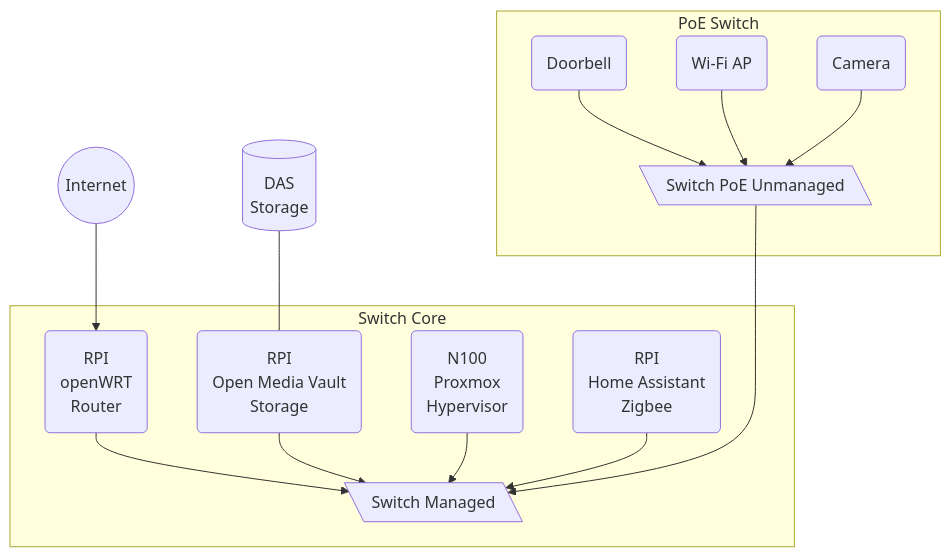
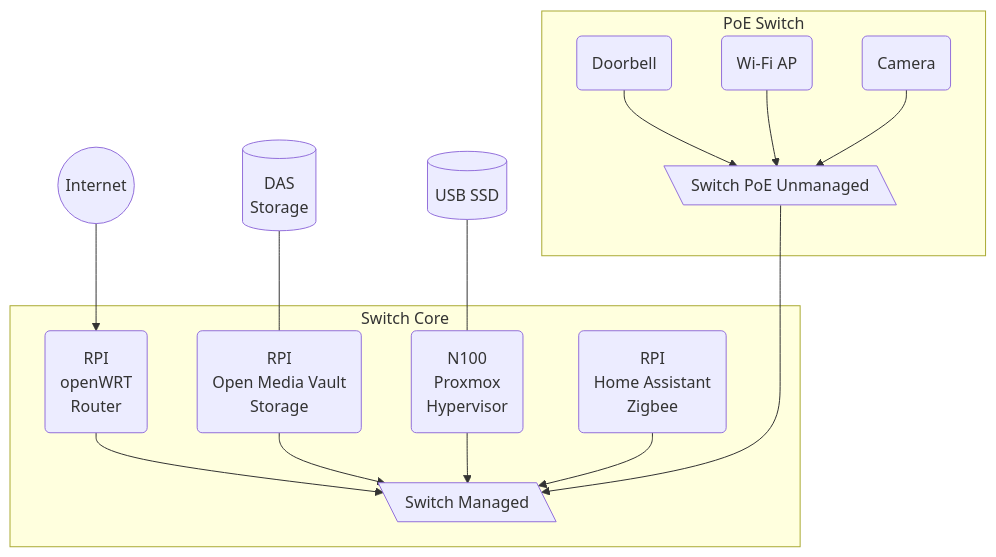
The first of 2 diagrams in _projects/homelab-2026.md (Livingdead1989/livingdead1989.github.io), drawn with Mermaid before and after one commit. The commit also changed other lines of this file and 4 other files, not shown here.

```diff
--- a/_projects/homelab-2026.md
+++ b/_projects/homelab-2026.md
@@ -65,29 +68,31 @@
 <div class="mermaid">
 flowchart TD
     isp((Internet)) --> openWRT(RPI 
             openWRT 
             Router)
 
     subgraph Switch Core
         openWRT --> switchCore[\Switch Managed\]
         omv(RPI 
         Open Media Vault
         Storage) --> switchCore
         proxmox(N100 
         Proxmox 
         Hypervisor) --> switchCore
         hassio(RPI 
         Home Assistant 
         Zigbee) --> switchCore
     end
 
     disk[(DAS 
         Storage)] --- omv
 
+    usbdisk[(USB SSD)] --- proxmox
+
     subgraph PoE Switch
         switchPoE[\Switch PoE Unmanaged\] ---> switchCore
         doorbell(Doorbell) --> switchPoE
         wifi(Wi-Fi AP) --> switchPoE
         camera(Camera) --> switchPoE
     end
 </div>
```
